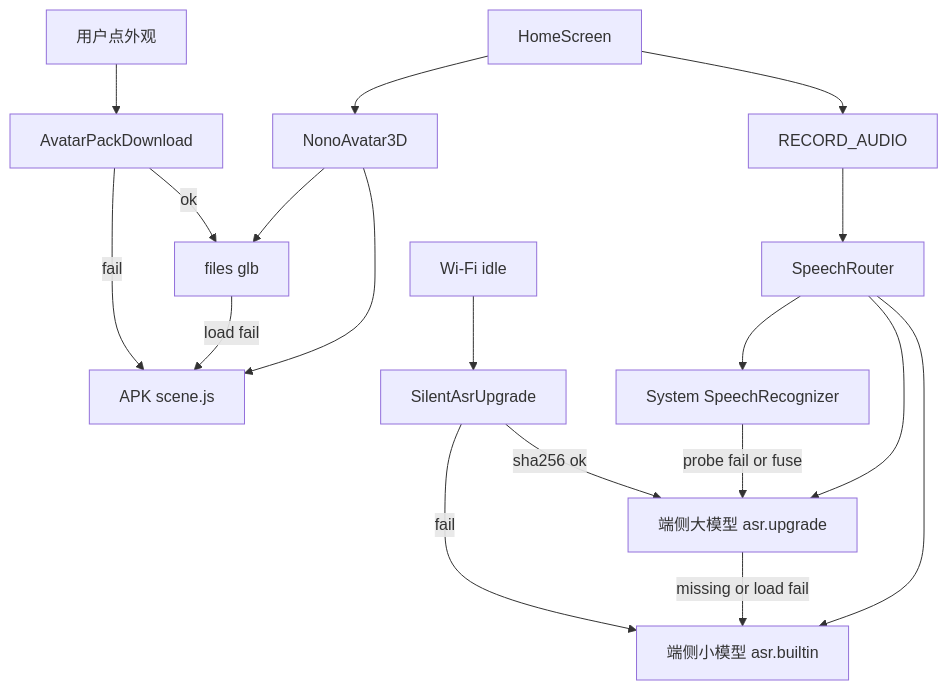
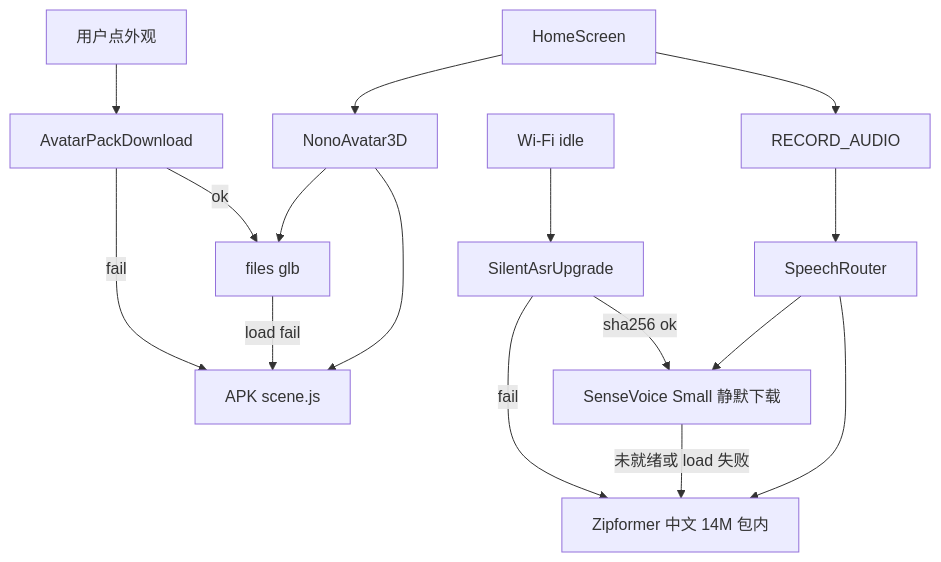
The diagram in docs/superpowers/specs/2026-08-19-nono-avatar-asr-local-packs-design.md (lisret/a2a_ai_mobile), drawn with Mermaid before and after one commit. The commit also changed other lines of this file and 1 other file, not shown here.

First line of the commit message:
docs: drop system STT for SenseVoice then Zipformer

````diff
--- a/docs/superpowers/specs/2026-08-19-nono-avatar-asr-local-packs-design.md
+++ b/docs/superpowers/specs/2026-08-19-nono-avatar-asr-local-packs-design.md
@@ -61,20 +60,18 @@
 ```mermaid
 flowchart TD
   Home[HomeScreen] --> Avatar[NonoAvatar3D]
   Avatar --> Builtin3D[APK scene.js]
   Avatar --> Pack3D[files glb]
   Pack3D -->|load fail| Builtin3D
   Home --> Mic[RECORD_AUDIO]
   Mic --> Router[SpeechRouter]
-  Router --> Sys[System SpeechRecognizer]
-  Router --> UpgradeAsr[端侧大模型 asr.upgrade]
-  Router --> BuiltinAsr[端侧小模型 asr.builtin]
-  Sys -->|probe fail or fuse| UpgradeAsr
-  UpgradeAsr -->|missing or load fail| BuiltinAsr
+  Router --> SenseVoice[SenseVoice Small 静默下载]
+  Router --> Zipformer[Zipformer 中文 14M 包内]
+  SenseVoice -->|未就绪或 load 失败| Zipformer
   Wifi[Wi-Fi idle] --> Silent[SilentAsrUpgrade]
-  Silent -->|sha256 ok| UpgradeAsr
-  Silent -->|fail| BuiltinAsr
+  Silent -->|sha256 ok| SenseVoice
+  Silent -->|fail| Zipformer
   UserPick[用户点外观] --> AvatarDl[AvatarPackDownload]
   AvatarDl -->|ok| Pack3D
   AvatarDl -->|fail| Builtin3D
 ```
````
